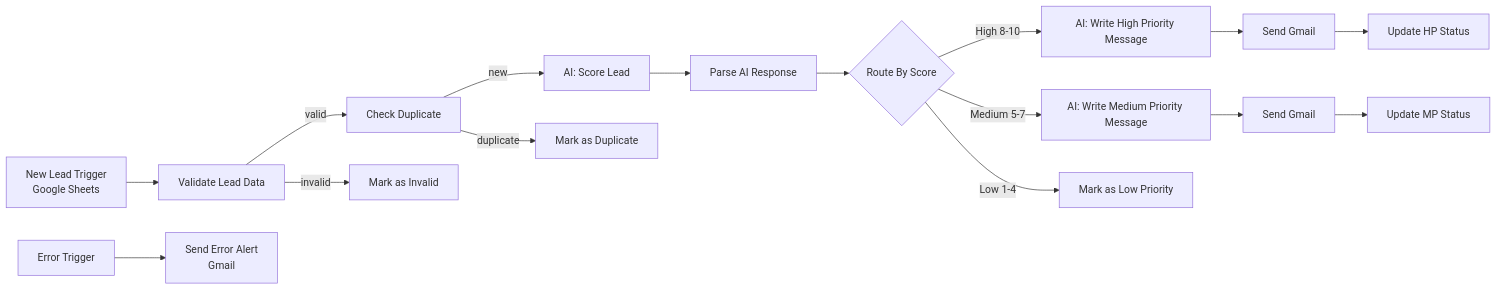
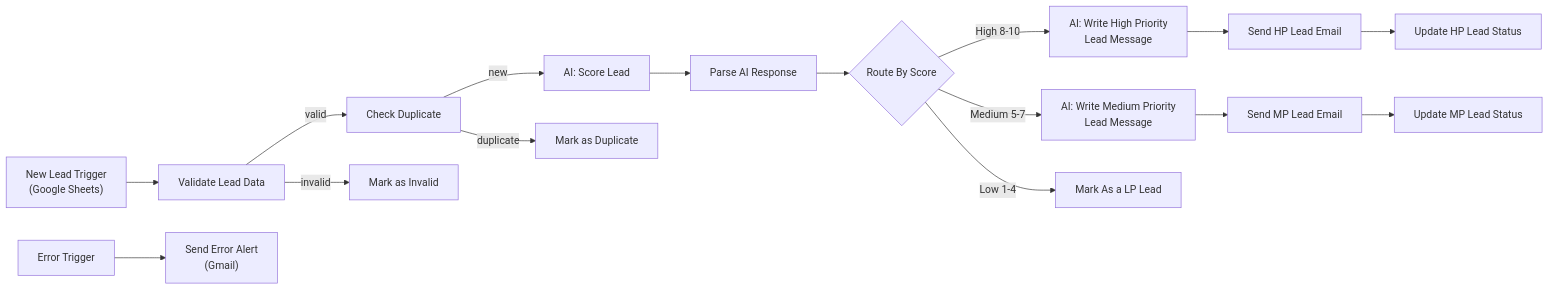
Before and after one commit to anwar25hdj/multi-agent-lead-system: the diagram in README.md, drawn with Mermaid. The commit also changed other lines of this file, not shown here.

````diff
--- a/README.md
+++ b/README.md
@@ -70,17 +72,17 @@
 ```mermaid
 flowchart LR
-    A[New Lead Trigger<br/>Google Sheets] --> B[Validate Lead Data]
-    B -->|valid| C[Check Duplicate]
-    B -->|invalid| X1[Mark as Invalid]
-    C -->|new| D[AI: Score Lead]
-    C -->|duplicate| X2[Mark as Duplicate]
-    D --> E[Parse AI Response]
-    E --> F{Route By Score}
-    F -->|High 8-10| G1[AI: Write High Priority Message]
-    F -->|Medium 5-7| G2[AI: Write Medium Priority Message]
-    F -->|Low 1-4| G3[Mark as Low Priority]
-    G1 --> H1[Send Gmail] --> I1[Update HP Status]
-    G2 --> H2[Send Gmail] --> I2[Update MP Status]
+    A["New Lead Trigger<br/>(Google Sheets)"] --> B["Validate Lead Data"]
+    B -->|valid| C["Check Duplicate"]
+    B -->|invalid| X1["Mark as Invalid"]
+    C -->|new| D["AI: Score Lead"]
+    C -->|duplicate| X2["Mark as Duplicate"]
+    D --> E["Parse AI Response"]
+    E --> F{"Route By Score"}
+    F -->|"High 8-10"| G1["AI: Write High Priority<br/>Lead Message"]
+    F -->|"Medium 5-7"| G2["AI: Write Medium Priority<br/>Lead Message"]
+    F -->|"Low 1-4"| G3["Mark As a LP Lead"]
+    G1 --> H1["Send HP Lead Email"] --> I1["Update HP Lead Status"]
+    G2 --> H2["Send MP Lead Email"] --> I2["Update MP Lead Status"]
 
-    ERR[Error Trigger] --> ALERT[Send Error Alert<br/>Gmail]
+    ERR["Error Trigger"] --> ALERT["Send Error Alert<br/>(Gmail)"]
 ```
````
